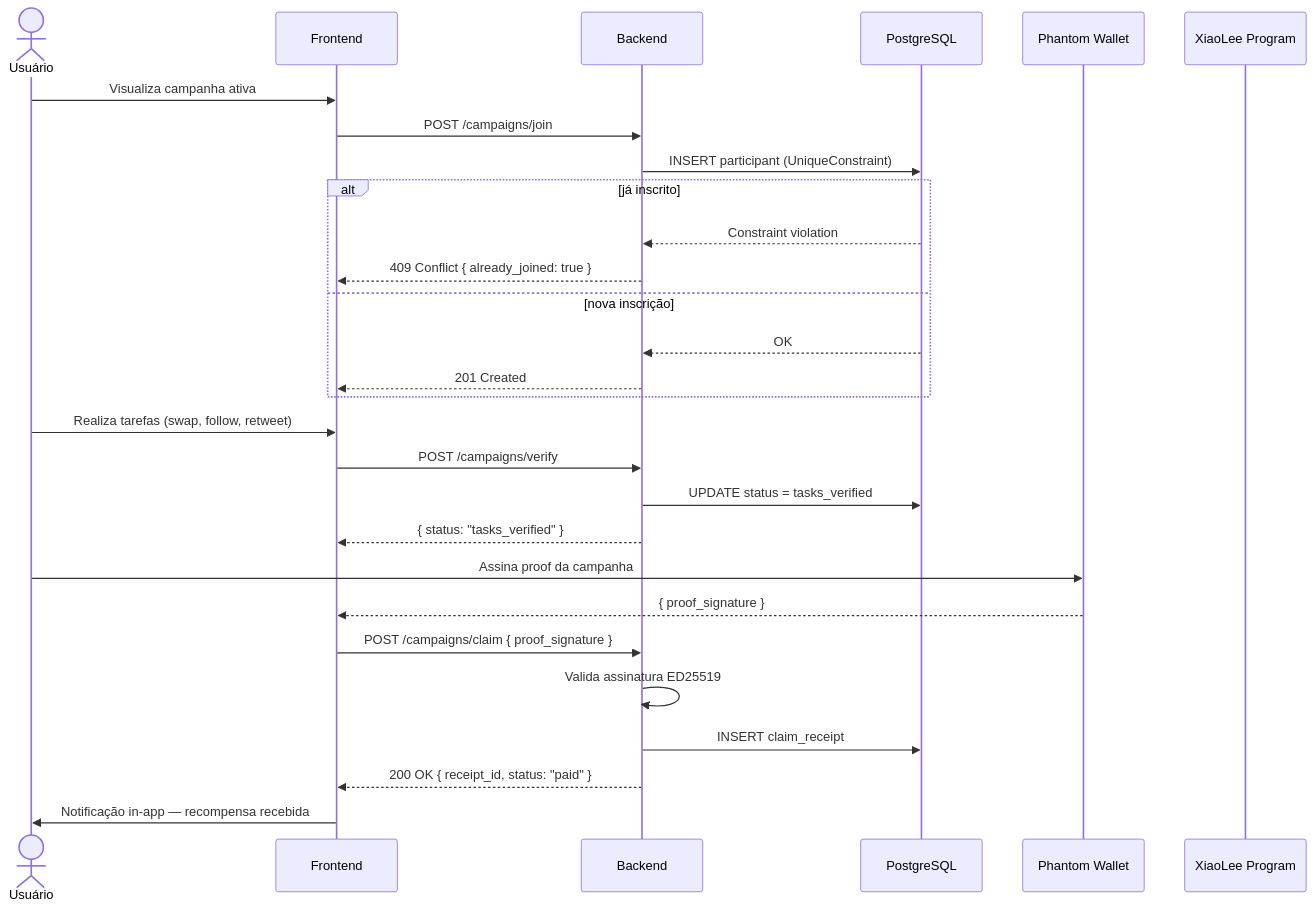
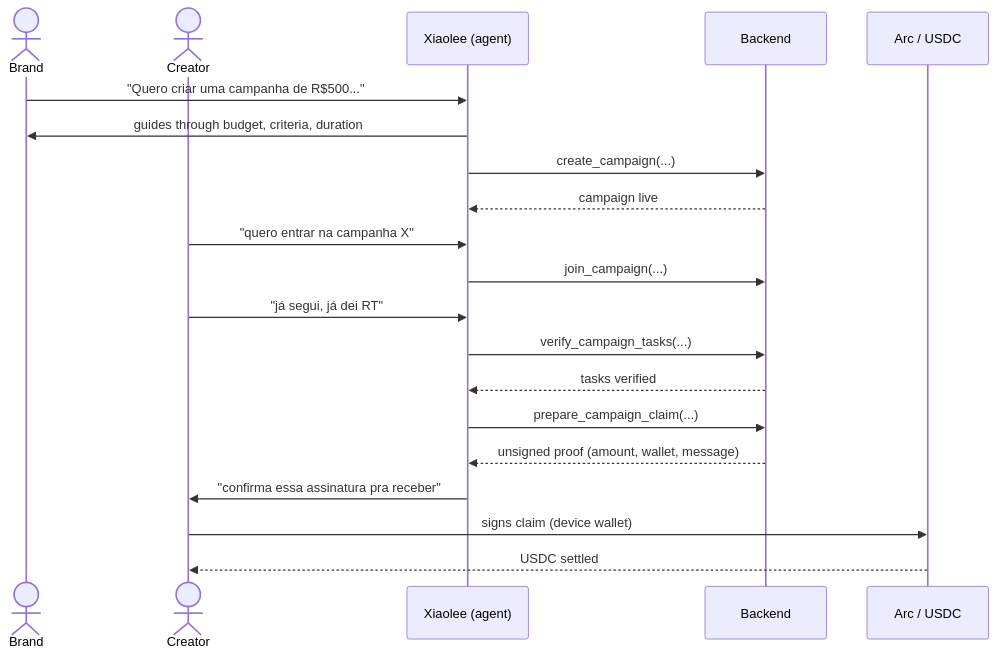
Before and after one commit to ParaDevs-Brasil/XiaoLee-Arc-Mobile: the second of 3 diagrams in README.md, drawn with Mermaid. The commit also changed other lines of this file, not shown here.

````diff
--- a/README.md
+++ b/README.md
@@ -315,33 +90,25 @@
 ```mermaid
 sequenceDiagram
-    actor U as Usuário
-    participant FE as Frontend
+    actor Brand
+    actor Creator
+    participant Xiaolee as Xiaolee (agent)
     participant API as Backend
-    participant DB as PostgreSQL
-    participant W as Phantom Wallet
-    participant PROG as XiaoLee Program
+    participant Chain as Arc / USDC
 
-    U->>FE: Visualiza campanha ativa
-    FE->>API: POST /campaigns/join
-    API->>DB: INSERT participant (UniqueConstraint)
-    alt já inscrito
-        DB-->>API: Constraint violation
-        API-->>FE: 409 Conflict { already_joined: true }
-    else nova inscrição
-        DB-->>API: OK
-        API-->>FE: 201 Created
-    end
+    Brand->>Xiaolee: "Quero criar uma campanha de R$500..."
+    Xiaolee->>Brand: guides through budget, criteria, duration
+    Xiaolee->>API: create_campaign(...)
+    API-->>Xiaolee: campaign live
 
-    U->>FE: Realiza tarefas (swap, follow, retweet)
-    FE->>API: POST /campaigns/verify
-    API->>DB: UPDATE status = tasks_verified
-    API-->>FE: { status: "tasks_verified" }
+    Creator->>Xiaolee: "quero entrar na campanha X"
+    Xiaolee->>API: join_campaign(...)
+    Creator->>Xiaolee: "já segui, já dei RT"
+    Xiaolee->>API: verify_campaign_tasks(...)
+    API-->>Xiaolee: tasks verified
 
-    U->>W: Assina proof da campanha
-    W-->>FE: { proof_signature }
-    FE->>API: POST /campaigns/claim { proof_signature }
-    API->>API: Valida assinatura ED25519
-    API->>DB: INSERT claim_receipt
-    API-->>FE: 200 OK { receipt_id, status: "paid" }
-    FE->>U: Notificação in-app — recompensa recebida
+    Xiaolee->>API: prepare_campaign_claim(...)
+    API-->>Xiaolee: unsigned proof (amount, wallet, message)
+    Xiaolee->>Creator: "confirma essa assinatura pra receber"
+    Creator->>Chain: signs claim (device wallet)
+    Chain-->>Creator: USDC settled
 ```
````
